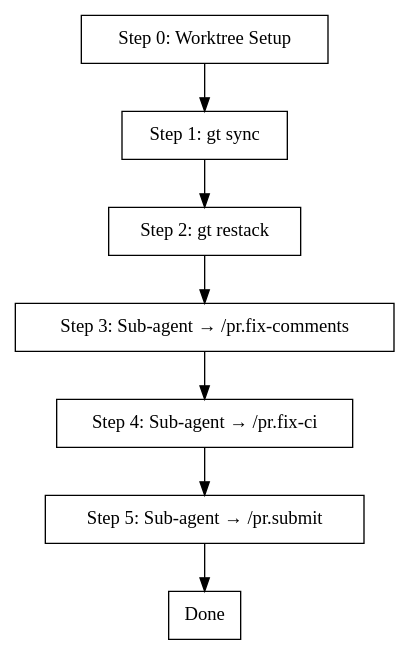
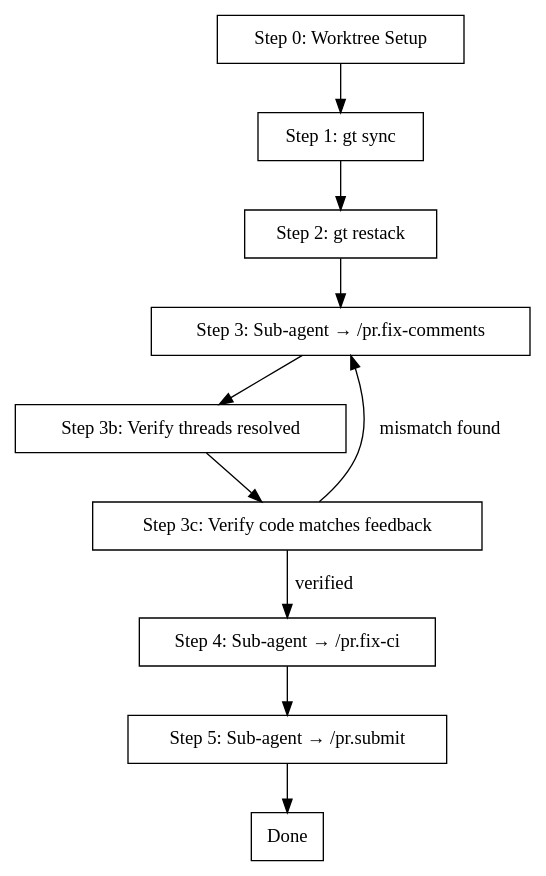
The diagram in skills/pr.fix-branch/SKILL.md (relh/metta), drawn with Graphviz before and after one commit. The commit also changed other lines of this file, not shown here.

First line of the commit message:
feat(skills): add verification step to pr.fix-branch (#6553)

````diff
--- a/skills/pr.fix-branch/SKILL.md
+++ b/skills/pr.fix-branch/SKILL.md
@@ -34,16 +34,21 @@
 ```dot
 digraph fix_branch {
   rankdir=TB;
   node [shape=box];
 
   worktree [label="Step 0: Worktree Setup"];
   sync [label="Step 1: gt sync"];
   restack [label="Step 2: gt restack"];
   fix_comments [label="Step 3: Sub-agent → /pr.fix-comments"];
+  verify_threads [label="Step 3b: Verify threads resolved"];
+  verify_code [label="Step 3c: Verify code matches feedback"];
   fix_ci [label="Step 4: Sub-agent → /pr.fix-ci"];
   push [label="Step 5: Sub-agent → /pr.submit"];
   done [label="Done"];
 
-  worktree -> sync -> restack -> fix_comments -> fix_ci -> push -> done;
+  worktree -> sync -> restack -> fix_comments -> verify_threads -> verify_code;
+  verify_code -> fix_ci [label="verified"];
+  verify_code -> fix_comments [label="mismatch found"];
+  fix_ci -> push -> done;
 }
 ```
````
